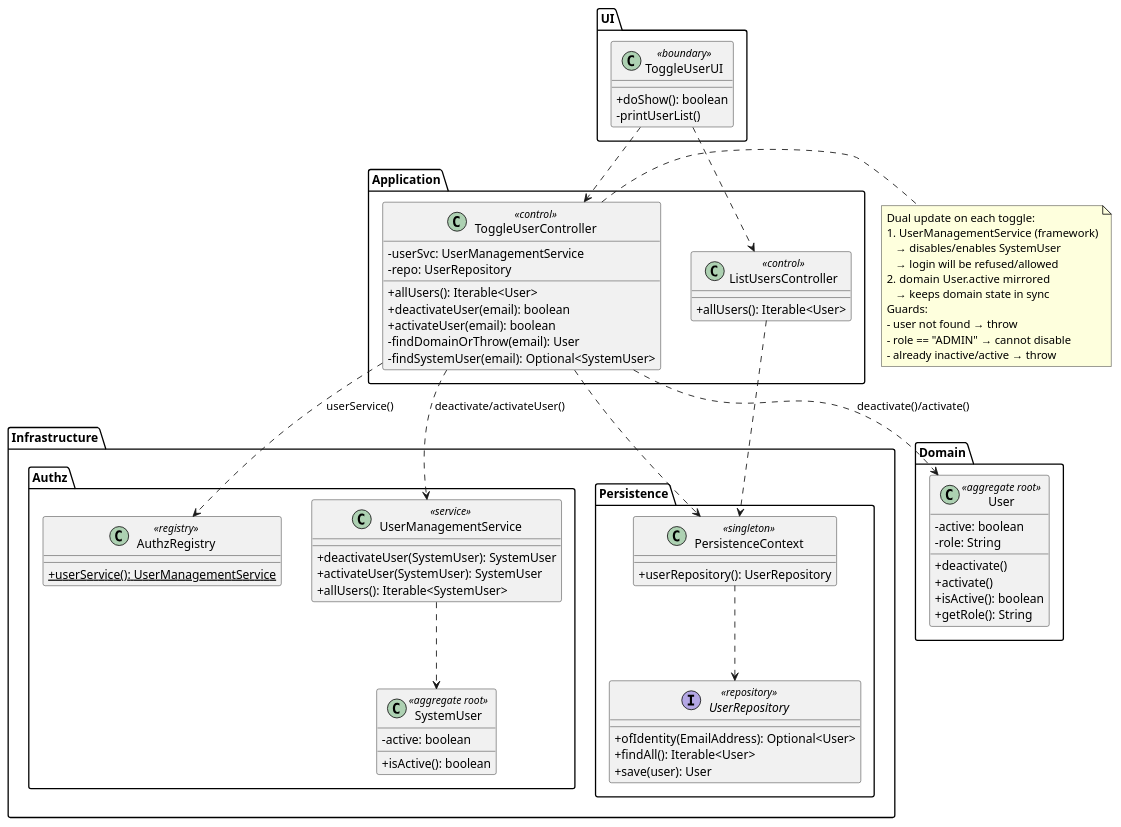
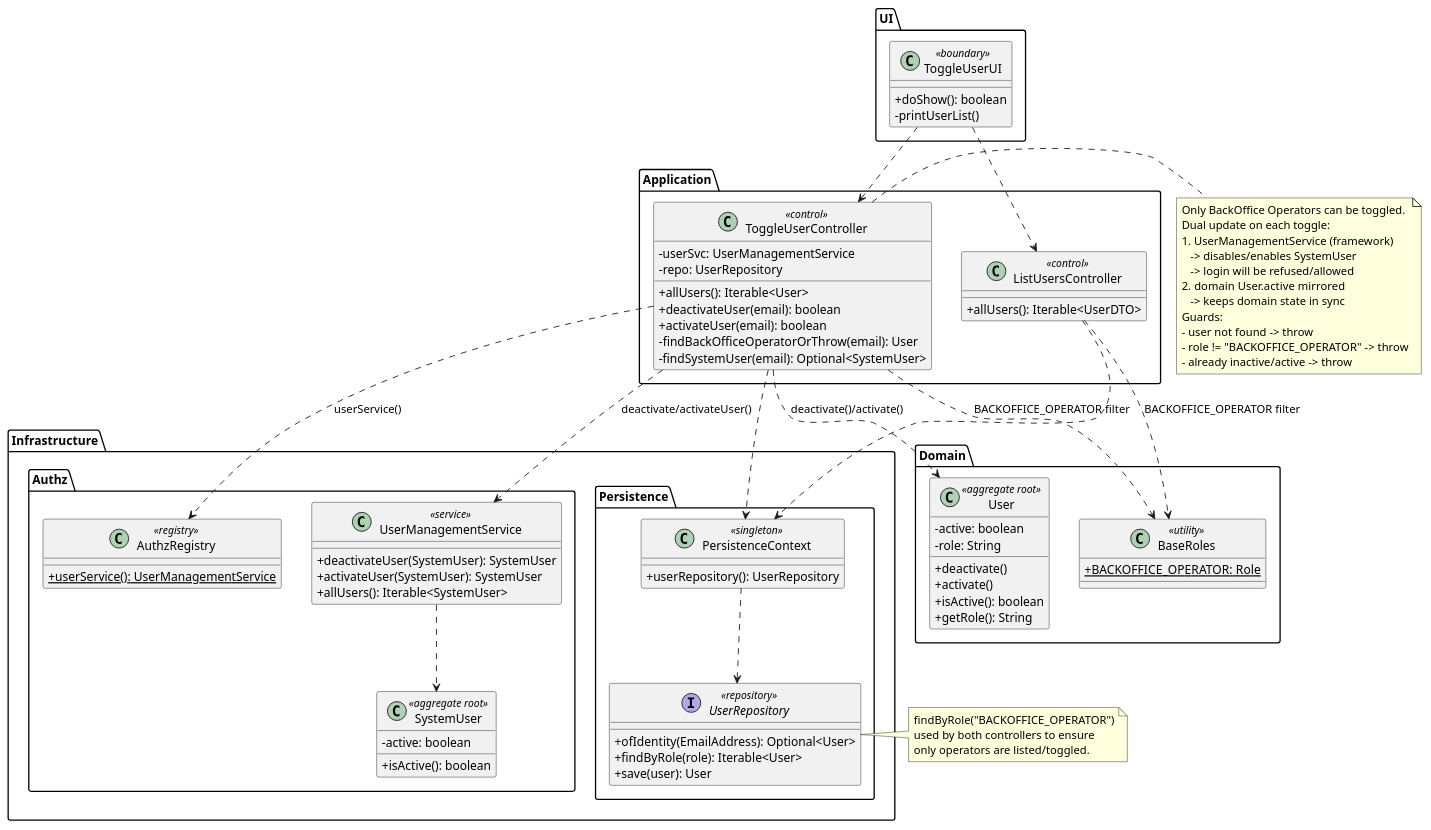
Before and after one commit to DuartePinto1240/sem4pi2526-sem4pi2526_2da2: the diagram in docs/Sprint 3/EAPLI/US032/puml/US032-class-diagram.puml, drawn with PlantUML. The commit also changed 31 other files, not shown here.

```diff
--- a/docs/Sprint 3/EAPLI/US032/puml/US032-class-diagram.puml
+++ b/docs/Sprint 3/EAPLI/US032/puml/US032-class-diagram.puml
@@ -1,85 +1,97 @@
 @startuml
 skinparam classAttributeIconSize 0
 
 package "UI" {
   class ToggleUserUI <<boundary>> {
     +doShow(): boolean
     -printUserList()
   }
 }
 
 package "Application" {
   class ToggleUserController <<control>> {
     -userSvc: UserManagementService
     -repo: UserRepository
     +allUsers(): Iterable<User>
     +deactivateUser(email): boolean
     +activateUser(email): boolean
-    -findDomainOrThrow(email): User
+    -findBackOfficeOperatorOrThrow(email): User
     -findSystemUser(email): Optional<SystemUser>
   }
   class ListUsersController <<control>> {
-    +allUsers(): Iterable<User>
+    +allUsers(): Iterable<UserDTO>
   }
 }
 
 package "Infrastructure.Authz" {
   class AuthzRegistry <<registry>> {
     {static} +userService(): UserManagementService
   }
   class UserManagementService <<service>> {
     +deactivateUser(SystemUser): SystemUser
     +activateUser(SystemUser): SystemUser
     +allUsers(): Iterable<SystemUser>
   }
   class SystemUser <<aggregate root>> {
     -active: boolean
     +isActive(): boolean
   }
 }
 
 package "Domain" {
   class User <<aggregate root>> {
     -active: boolean
     -role: String
     +deactivate()
     +activate()
     +isActive(): boolean
     +getRole(): String
   }
+  class BaseRoles <<utility>> {
+    {static} +BACKOFFICE_OPERATOR: Role
+  }
 }
 
 package "Infrastructure.Persistence" {
   class PersistenceContext <<singleton>> {
     +userRepository(): UserRepository
   }
   interface UserRepository <<repository>> {
     +ofIdentity(EmailAddress): Optional<User>
-    +findAll(): Iterable<User>
+    +findByRole(role): Iterable<User>
     +save(user): User
   }
 }
 
 ToggleUserUI ..> ToggleUserController
 ToggleUserUI ..> ListUsersController
 ToggleUserController ..> AuthzRegistry : userService()
 ToggleUserController ..> UserManagementService : deactivate/activateUser()
 ToggleUserController ..> PersistenceContext
+ToggleUserController ..> BaseRoles : BACKOFFICE_OPERATOR filter
 ToggleUserController ..> User : deactivate()/activate()
 ListUsersController ..> PersistenceContext
+ListUsersController ..> BaseRoles : BACKOFFICE_OPERATOR filter
 UserManagementService ..> SystemUser
 PersistenceContext ..> UserRepository
 
 note right of ToggleUserController
+  Only BackOffice Operators can be toggled.
   Dual update on each toggle:
   1. UserManagementService (framework)
-     → disables/enables SystemUser
-     → login will be refused/allowed
+     -> disables/enables SystemUser
+     -> login will be refused/allowed
   2. domain User.active mirrored
-     → keeps domain state in sync
+     -> keeps domain state in sync
   Guards:
-  - user not found → throw
-  - role == "ADMIN" → cannot disable
-  - already inactive/active → throw
+  - user not found -> throw
+  - role != "BACKOFFICE_OPERATOR" -> throw
+  - already inactive/active -> throw
+end note
+
+note right of UserRepository
+  findByRole("BACKOFFICE_OPERATOR")
+  used by both controllers to ensure
+  only operators are listed/toggled.
 end note
 @enduml
```
